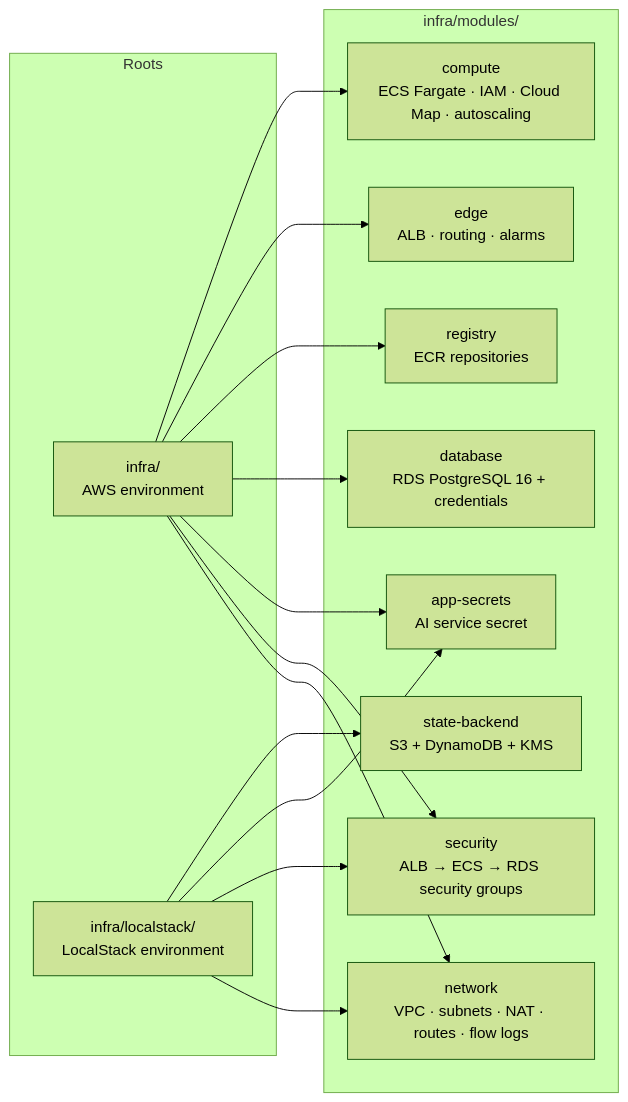
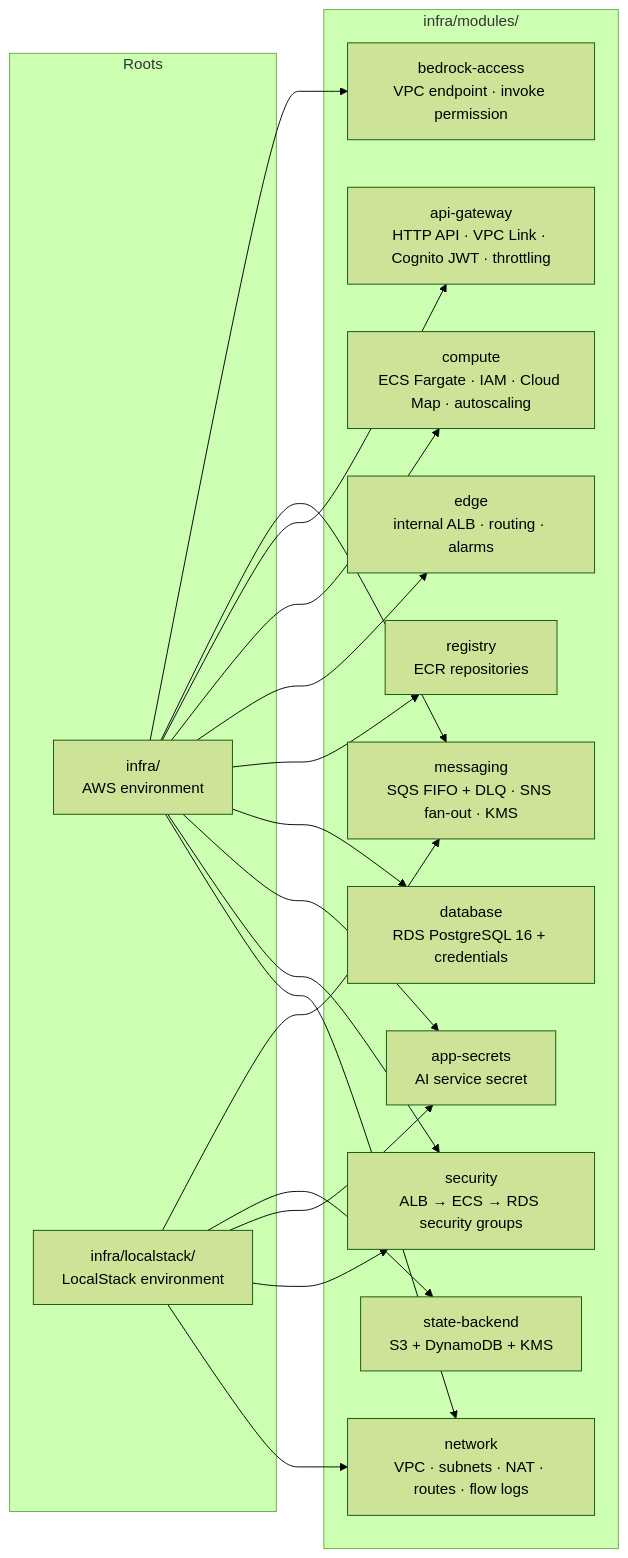
One commit to ggonzalez36/AI-Advisor changed the sixth of 22 diagrams in docs/diagrams/README.md. Above: the diagram before and after it, drawn with Mermaid. The commit also changed other lines of this file and 35 other files, not shown here.

````diff
--- a/docs/diagrams/README.md
+++ b/docs/diagrams/README.md
@@ -300,20 +315,23 @@
 ```mermaid
 %%{init: {"theme": "forest"}}%%
 flowchart LR
     subgraph Roots
         AWS["infra/<br/>AWS environment"]
         LS["infra/localstack/<br/>LocalStack environment"]
     end
     subgraph Modules ["infra/modules/"]
         NET[network<br/>VPC · subnets · NAT · routes · flow logs]
         SEC[security<br/>ALB → ECS → RDS security groups]
         SECRETS[app-secrets<br/>AI service secret]
         DB[database<br/>RDS PostgreSQL 16 + credentials]
         REG[registry<br/>ECR repositories]
-        EDGE[edge<br/>ALB · routing · alarms]
+        EDGE[edge<br/>internal ALB · routing · alarms]
         COMP[compute<br/>ECS Fargate · IAM · Cloud Map · autoscaling]
         STATE[state-backend<br/>S3 + DynamoDB + KMS]
+        APIGW[api-gateway<br/>HTTP API · VPC Link · Cognito JWT · throttling]
+        MSG[messaging<br/>SQS FIFO + DLQ · SNS fan-out · KMS]
+        BR[bedrock-access<br/>VPC endpoint · invoke permission]
     end
-    AWS --> NET & SEC & SECRETS & DB & REG & EDGE & COMP
-    LS --> NET & SEC & SECRETS & STATE
+    AWS --> NET & SEC & SECRETS & DB & REG & EDGE & COMP & APIGW & MSG & BR
+    LS --> NET & SEC & SECRETS & STATE & MSG
 ```
````
